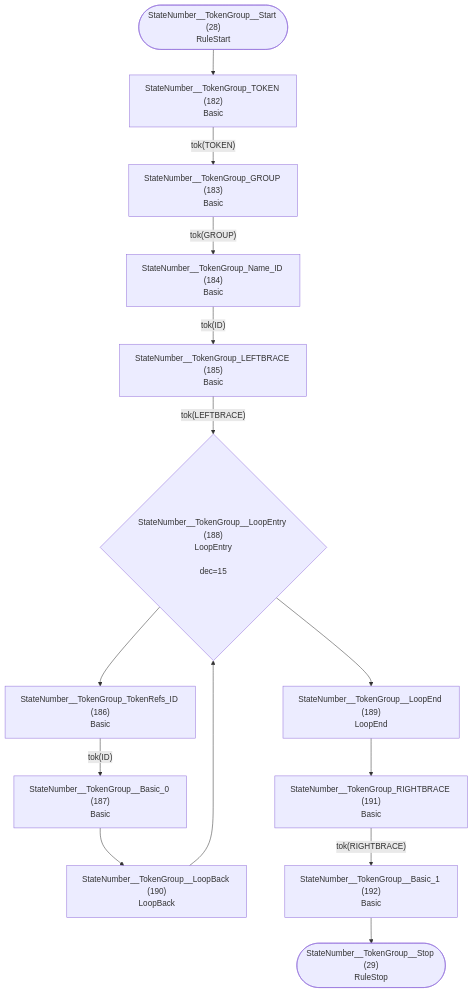
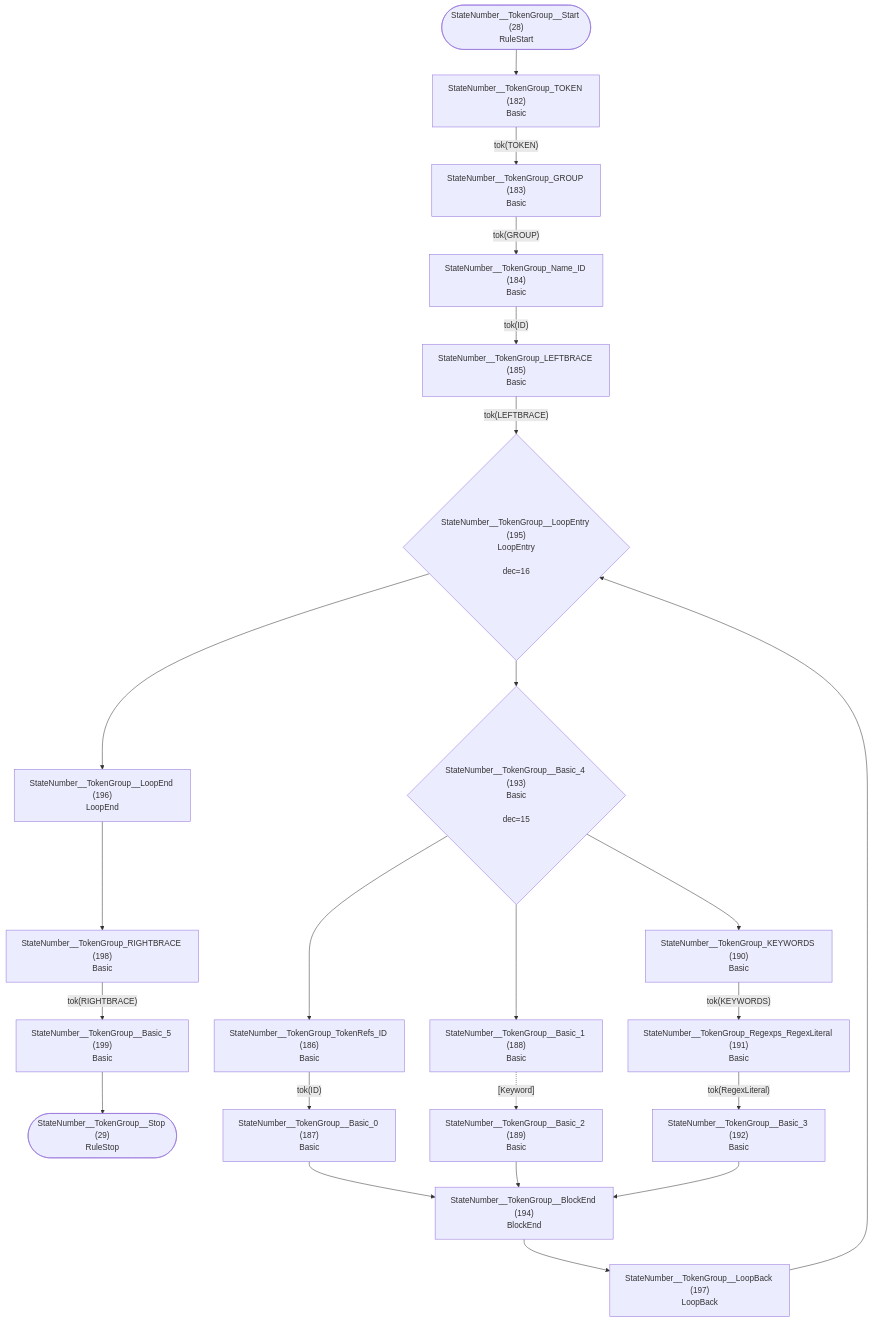
One commit to TypeFox/fastbelt changed diagram 15 of 32 in internal/grammar/atn.md. Above: the diagram before and after it, drawn with Mermaid. The commit also changed other lines of this file and 21 other files, not shown here.

````diff
--- a/internal/grammar/atn.md
+++ b/internal/grammar/atn.md
@@ -404,30 +404,46 @@
 ```mermaid
 flowchart TD
     q28(["StateNumber__TokenGroup__Start (28)<br/>RuleStart"])
     q29(["StateNumber__TokenGroup__Stop (29)<br/>RuleStop"])
     q182["StateNumber__TokenGroup_TOKEN (182)<br/>Basic<br/>"]
     q183["StateNumber__TokenGroup_GROUP (183)<br/>Basic<br/>"]
     q184["StateNumber__TokenGroup_Name_ID (184)<br/>Basic<br/>"]
     q185["StateNumber__TokenGroup_LEFTBRACE (185)<br/>Basic<br/>"]
     q186["StateNumber__TokenGroup_TokenRefs_ID (186)<br/>Basic<br/>"]
     q187["StateNumber__TokenGroup__Basic_0 (187)<br/>Basic<br/>"]
-    q188{"StateNumber__TokenGroup__LoopEntry (188)<br/>LoopEntry<br/><br/>dec=15"}
-    q189["StateNumber__TokenGroup__LoopEnd (189)<br/>LoopEnd<br/>"]
-    q190["StateNumber__TokenGroup__LoopBack (190)<br/>LoopBack<br/>"]
-    q191["StateNumber__TokenGroup_RIGHTBRACE (191)<br/>Basic<br/>"]
-    q192["StateNumber__TokenGroup__Basic_1 (192)<br/>Basic<br/>"]
+    q188["StateNumber__TokenGroup__Basic_1 (188)<br/>Basic<br/>"]
+    q189["StateNumber__TokenGroup__Basic_2 (189)<br/>Basic<br/>"]
+    q190["StateNumber__TokenGroup_KEYWORDS (190)<br/>Basic<br/>"]
+    q191["StateNumber__TokenGroup_Regexps_RegexLiteral (191)<br/>Basic<br/>"]
+    q192["StateNumber__TokenGroup__Basic_3 (192)<br/>Basic<br/>"]
+    q193{"StateNumber__TokenGroup__Basic_4 (193)<br/>Basic<br/><br/>dec=15"}
+    q194["StateNumber__TokenGroup__BlockEnd (194)<br/>BlockEnd<br/>"]
+    q195{"StateNumber__TokenGroup__LoopEntry (195)<br/>LoopEntry<br/><br/>dec=16"}
+    q196["StateNumber__TokenGroup__LoopEnd (196)<br/>LoopEnd<br/>"]
+    q197["StateNumber__TokenGroup__LoopBack (197)<br/>LoopBack<br/>"]
+    q198["StateNumber__TokenGroup_RIGHTBRACE (198)<br/>Basic<br/>"]
+    q199["StateNumber__TokenGroup__Basic_5 (199)<br/>Basic<br/>"]
 
     q28 --> q182
     q182 -->|"tok(TOKEN)"| q183
     q183 -->|"tok(GROUP)"| q184
     q184 -->|"tok(ID)"| q185
-    q185 -->|"tok(LEFTBRACE)"| q188
+    q185 -->|"tok(LEFTBRACE)"| q195
     q186 -->|"tok(ID)"| q187
-    q187 --> q190
-    q188 --> q186
-    q188 --> q189
-    q189 --> q191
-    q190 --> q188
-    q191 -->|"tok(RIGHTBRACE)"| q192
-    q192 --> q29
+    q187 --> q194
+    q188 -.->|"[Keyword]"| q189
+    q189 --> q194
+    q190 -->|"tok(KEYWORDS)"| q191
+    q191 -->|"tok(RegexLiteral)"| q192
+    q192 --> q194
+    q193 --> q186
+    q193 --> q188
+    q193 --> q190
+    q194 --> q197
+    q195 --> q193
+    q195 --> q196
+    q196 --> q198
+    q197 --> q195
+    q198 -->|"tok(RIGHTBRACE)"| q199
+    q199 --> q29
 ```
````
